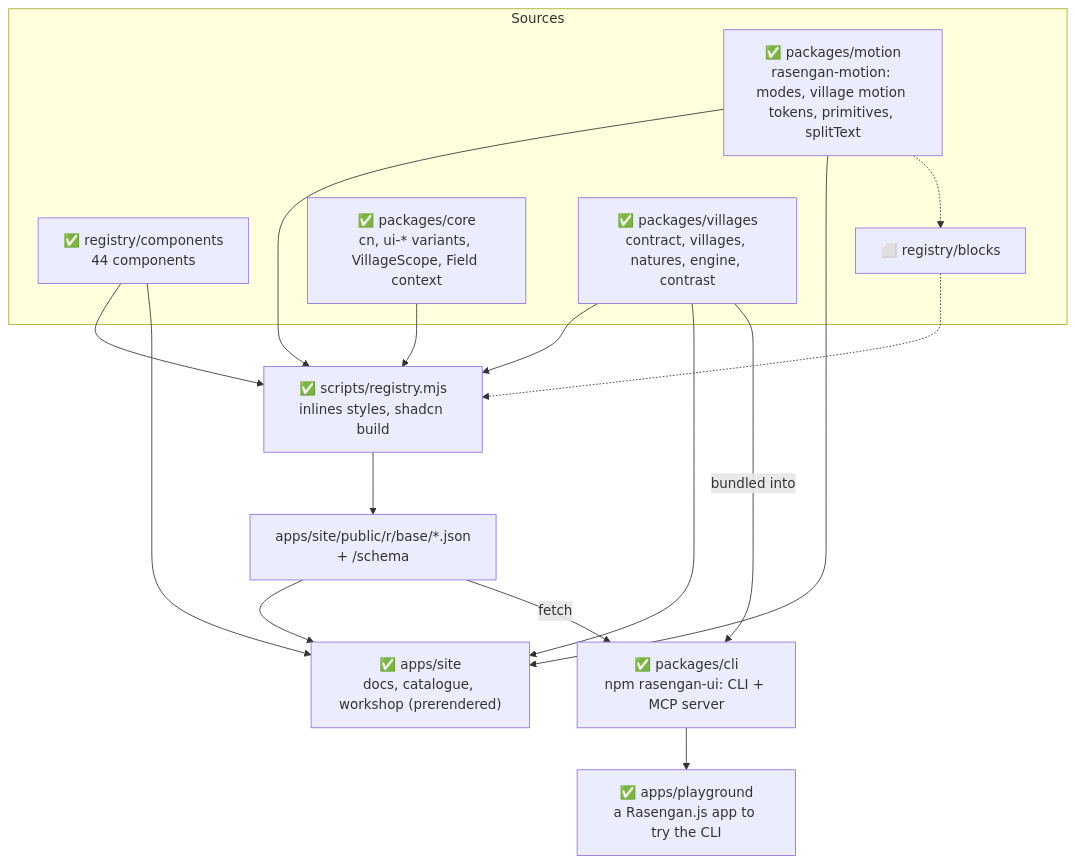
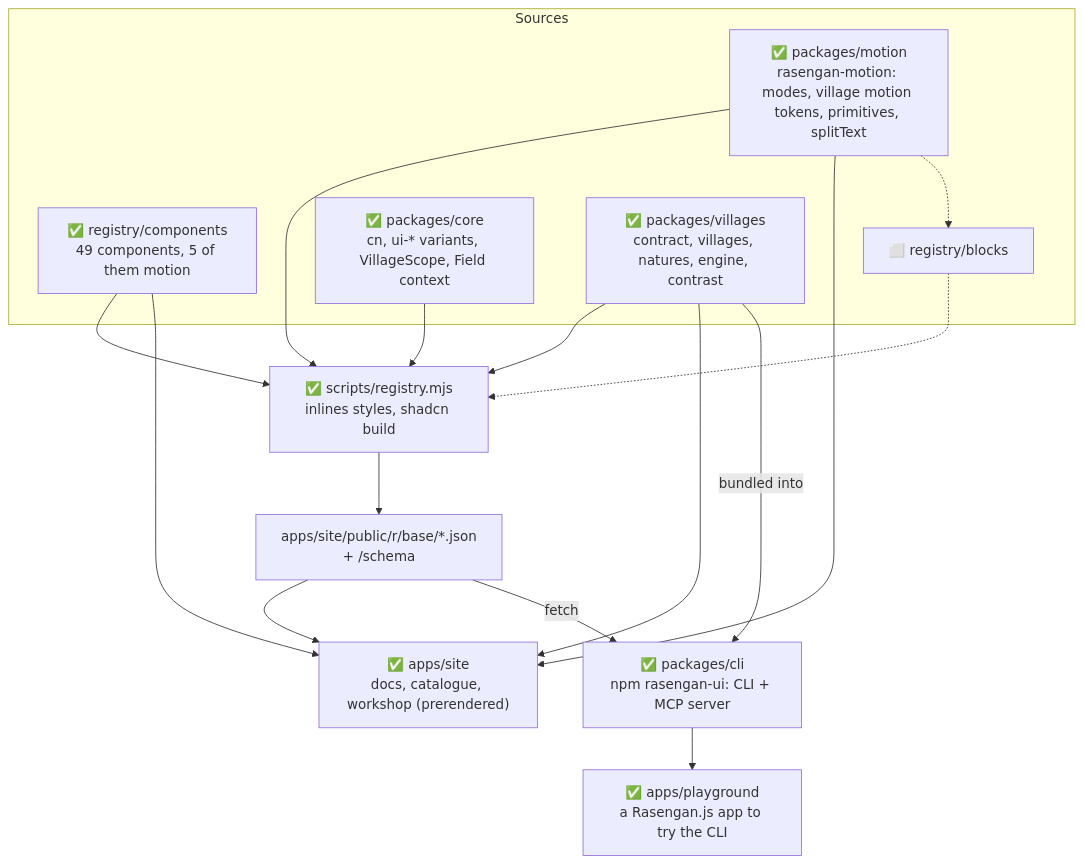
Before and after one commit to rasengan-dev/rasengan-ui: the second of 5 diagrams in docs/architecture.md, drawn with Mermaid. The commit also changed other lines of this file and 40 other files, not shown here.

First line of the commit message:
feat(motion): RFC-0007 lot A, five motion components

````diff
--- a/docs/architecture.md
+++ b/docs/architecture.md
@@ -41,31 +41,31 @@
 ```mermaid
 flowchart TB
   subgraph source[Sources]
-    comps["✅ registry/components<br/>44 components"]
+    comps["✅ registry/components<br/>49 components, 5 of them motion"]
     blocks["⬜ registry/blocks"]
     core["✅ packages/core<br/>cn, ui-* variants, VillageScope, Field context"]
     villages["✅ packages/villages<br/>contract, villages, natures, engine, contrast"]
     motion["✅ packages/motion<br/>rasengan-motion: modes, village motion tokens, primitives, splitText"]
   end
 
   build["✅ scripts/registry.mjs<br/>inlines styles, shadcn build"]
   public["apps/site/public/r/base/*.json<br/>+ /schema"]
   site["✅ apps/site<br/>docs, catalogue, workshop (prerendered)"]
   cli["✅ packages/cli<br/>npm rasengan-ui: CLI + MCP server"]
   play["✅ apps/playground<br/>a Rasengan.js app to try the CLI"]
 
   comps --> build
   core --> build
   villages --> build
   build --> public
   public --> site
   villages --> site
   comps --> site
   public -- fetch --> cli
   villages -- bundled into --> cli
   cli --> play
   motion --> build
   motion --> site
   motion -.-> blocks
   blocks -.-> build
 ```
````
